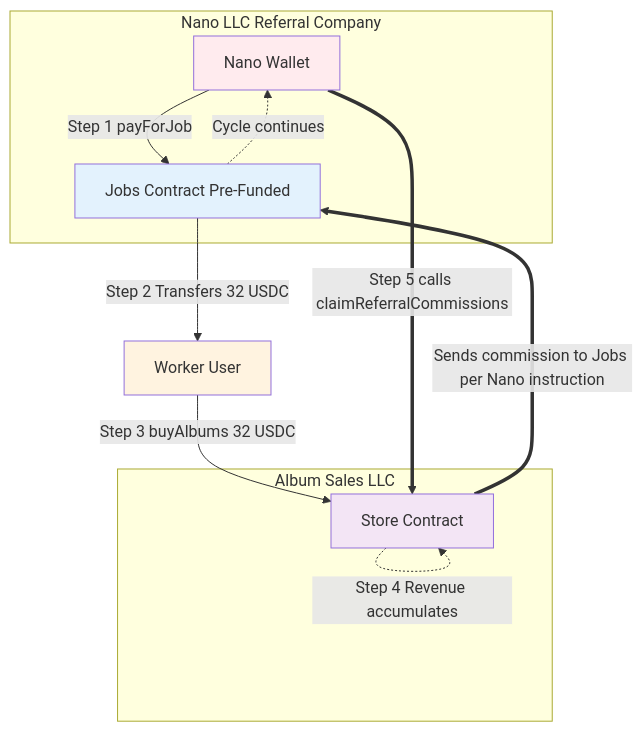
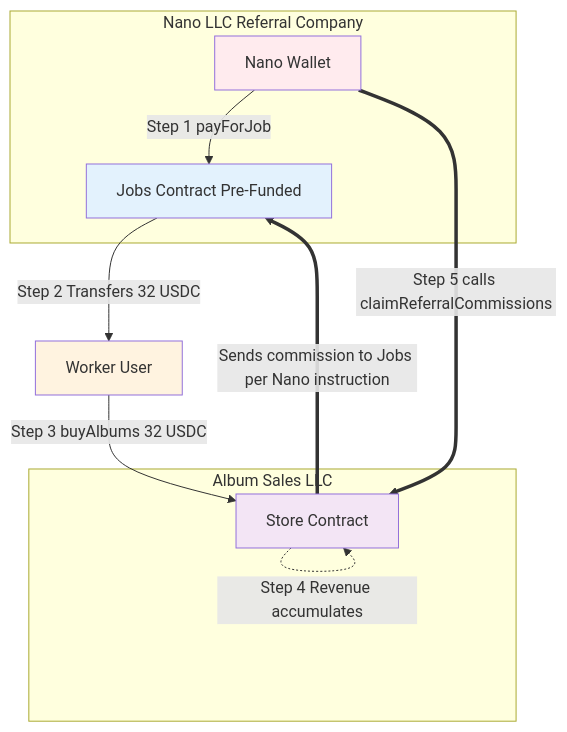
One commit to rowhq/hitmachine changed the diagram in SIMPLE_FLOW.md. Above: the diagram before and after it, drawn with Mermaid.

Commit message:
fix: Remove cycle continues arrow from diagram
Simplified diagram to show the core flow without the circular reference

````diff
--- a/SIMPLE_FLOW.md
+++ b/SIMPLE_FLOW.md
@@ -19,26 +19,25 @@
 ```mermaid
 flowchart TB
     subgraph NanoCompany[Nano LLC Referral Company]
         NanoWallet[Nano Wallet]
         JobsContract[Jobs Contract Pre-Funded]
     end
     
     subgraph AlbumCompany[Album Sales LLC]
         StoreContract[Store Contract]
     end
     
     Worker[Worker User]
     
     NanoWallet -->|Step 1 payForJob| JobsContract
     JobsContract -->|Step 2 Transfers 32 USDC| Worker
     Worker -->|Step 3 buyAlbums 32 USDC| StoreContract
     StoreContract -.->|Step 4 Revenue accumulates| StoreContract
     NanoWallet ==>|Step 5 calls claimReferralCommissions| StoreContract
     StoreContract ==>|Sends commission to Jobs per Nano instruction| JobsContract
-    JobsContract -.->|Cycle continues| NanoWallet
     
     style NanoWallet fill:#ffebee
     style JobsContract fill:#e3f2fd
     style Worker fill:#fff3e0
     style StoreContract fill:#f3e5f5
 ```
````
